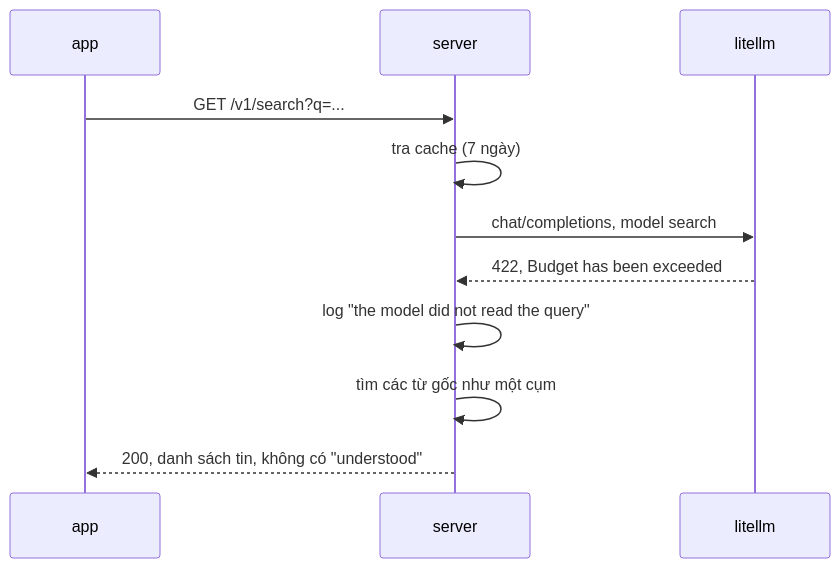
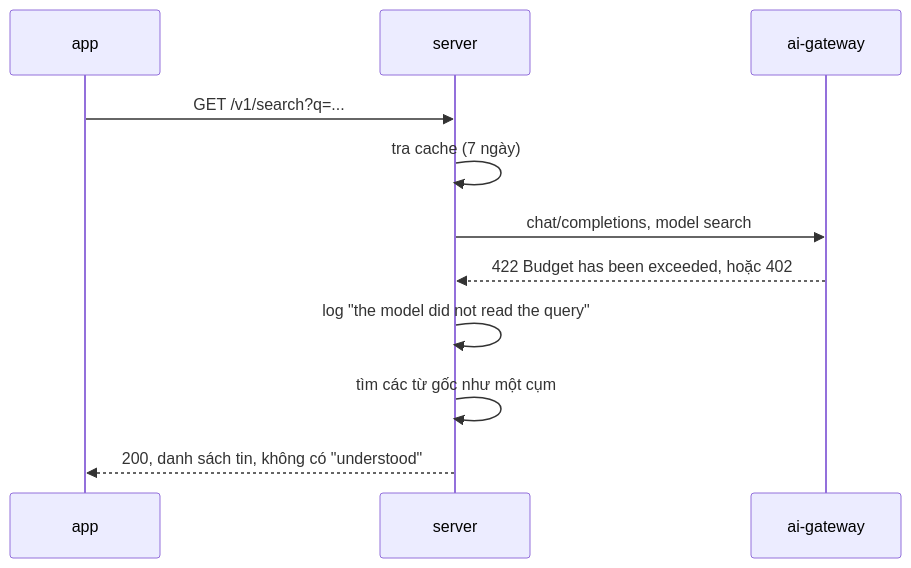
One commit to shopnexus/docs changed the sixth of 6 diagrams in web/src/content/docs/vi/operations/cluster/llm-gateway.mdx. Above: the diagram before and after it, drawn with Mermaid. The commit also changed other lines of this file and 17 other files, not shown here.

````diff
--- a/web/src/content/docs/vi/operations/cluster/llm-gateway.mdx
+++ b/web/src/content/docs/vi/operations/cluster/llm-gateway.mdx
@@ -240,13 +246,13 @@
-```mermaid title="Tìm kiếm khi LiteLLM từ chối"
+```mermaid title="Tìm kiếm khi ai-gateway từ chối"
 sequenceDiagram
   participant App as app
   participant S as server
-  participant L as litellm
+  participant G as ai-gateway
   App->>S: GET /v1/search?q=...
   S->>S: tra cache (7 ngày)
-  S->>L: chat/completions, model search
-  L-->>S: 422, Budget has been exceeded
+  S->>G: chat/completions, model search
+  G-->>S: 422 Budget has been exceeded, hoặc 402
   S->>S: log "the model did not read the query"
   S->>S: tìm các từ gốc như một cụm
   S-->>App: 200, danh sách tin, không có "understood"
 ```
````
